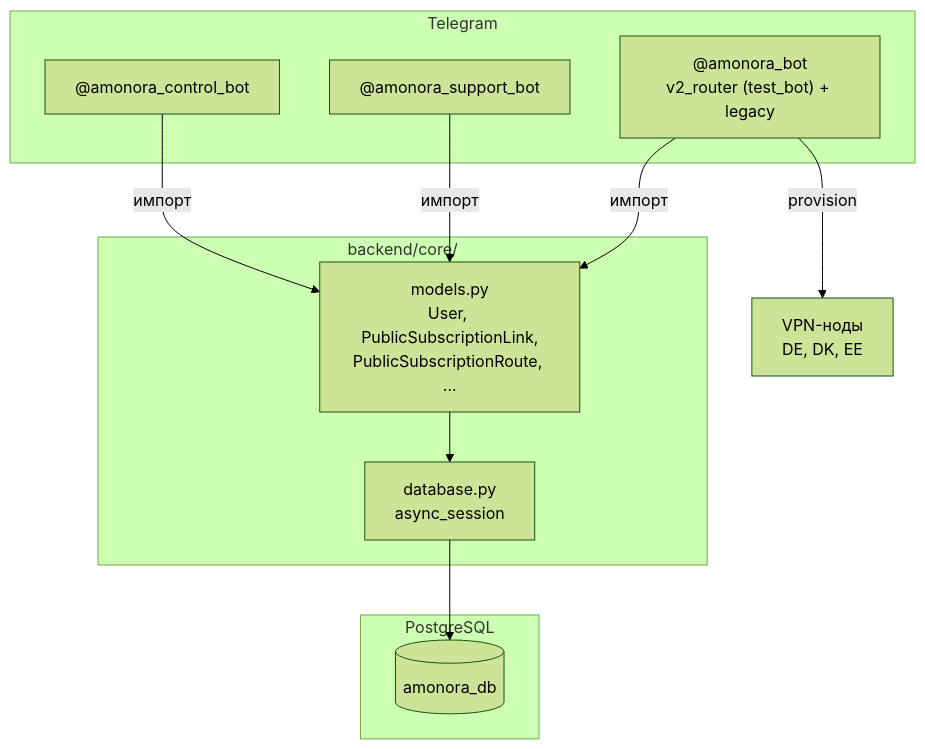
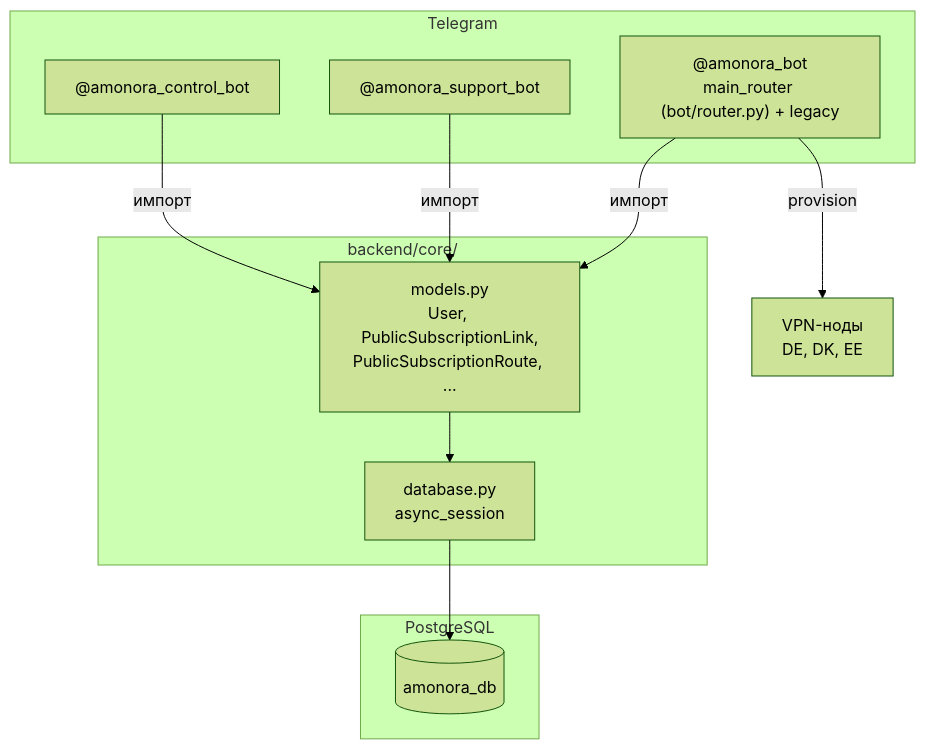
One commit to firefox0618/amonora changed the diagram in docs/02-архитектура/компоненты/телеграм-боты.md. Above: the diagram before and after it, drawn with Mermaid (forest theme). The commit also changed other lines of this file and 17 other files, not shown here.

````diff
--- a/docs/02-архитектура/компоненты/телеграм-боты.md
+++ b/docs/02-архитектура/компоненты/телеграм-боты.md
@@ -232,25 +232,25 @@
 ```mermaid
 graph TB
     subgraph "Telegram"
-        Bot["@amonora_bot<br/>v2_router (test_bot) + legacy"]
+        Bot["@amonora_bot<br/>main_router (bot/router.py) + legacy"]
         SupportBot["@amonora_support_bot"]
         ControlBot["@amonora_control_bot"]
     end
 
     subgraph "backend/core/"
         Models["models.py<br/>User, PublicSubscriptionLink,<br/>PublicSubscriptionRoute, ..."]
         Database["database.py<br/>async_session"]
     end
 
     subgraph "PostgreSQL"
         DB[("amonora_db")]
     end
 
     Bot -->|импорт| Models
     SupportBot -->|импорт| Models
     ControlBot -->|импорт| Models
     Models --> Database
     Database --> DB
 
     Bot -->|provision| VPN["VPN-ноды<br/>DE, DK, EE"]
 ```
````
